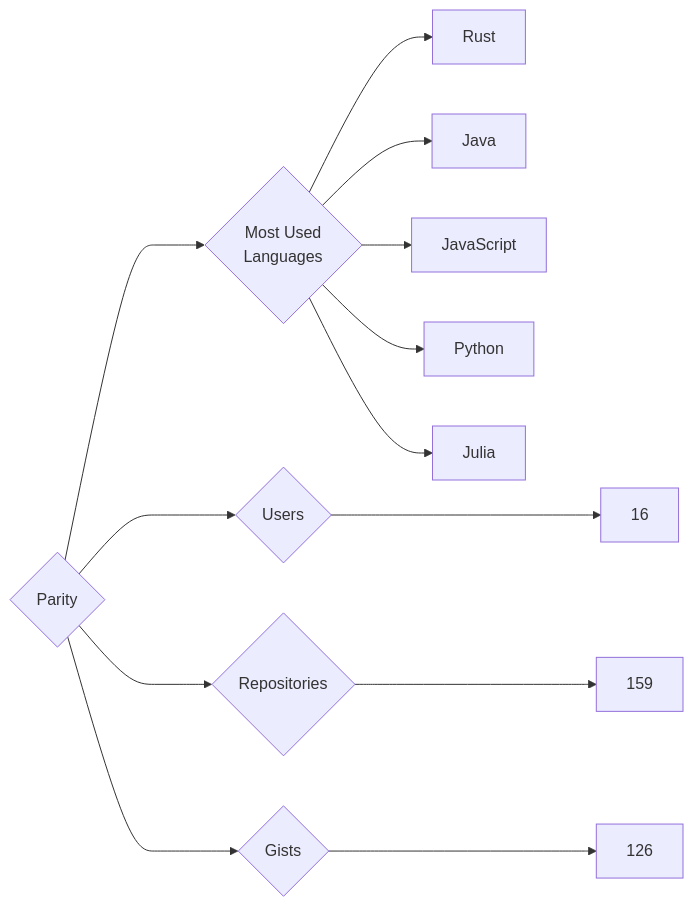
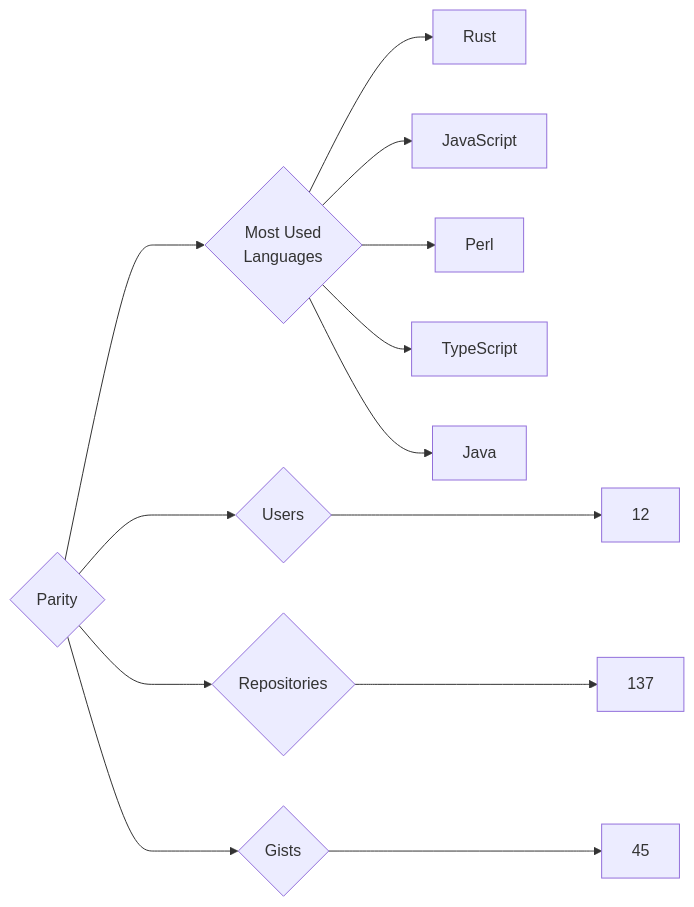
The diagram in targets/Parity/README.md (trickest/insiders), drawn with Mermaid before and after one commit. The commit also changed 955 other files, not shown here.

````diff
--- a/targets/Parity/README.md
+++ b/targets/Parity/README.md
@@ -3,13 +3,13 @@
 ```mermaid
 graph LR
 COMPANY_NAME{Parity}
-COMPANY_NAME ---> U{Users} ---> UN[16]
-COMPANY_NAME ---> R{Repositories} ---> RN[159]
-COMPANY_NAME ---> G{Gists} ---> GN[126]
+COMPANY_NAME ---> U{Users} ---> UN[12]
+COMPANY_NAME ---> R{Repositories} ---> RN[137]
+COMPANY_NAME ---> G{Gists} ---> GN[45]
 COMPANY_NAME ---> ML{Most Used<br>Languages}
 ML --> Rust[Rust]
+ML --> JavaScript[JavaScript]
+ML --> Perl[Perl]
+ML --> TypeScript[TypeScript]
 ML --> Java[Java]
-ML --> JavaScript[JavaScript]
-ML --> Python[Python]
-ML --> Julia[Julia]
 ```
````
